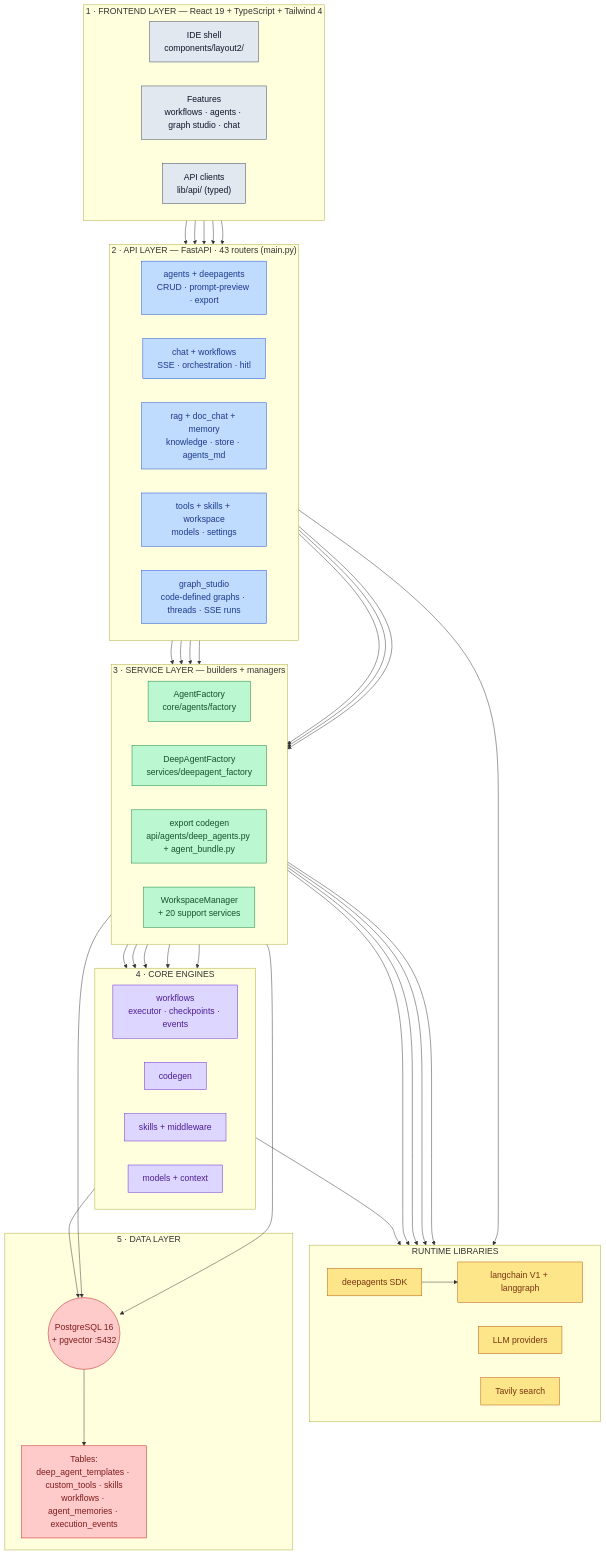
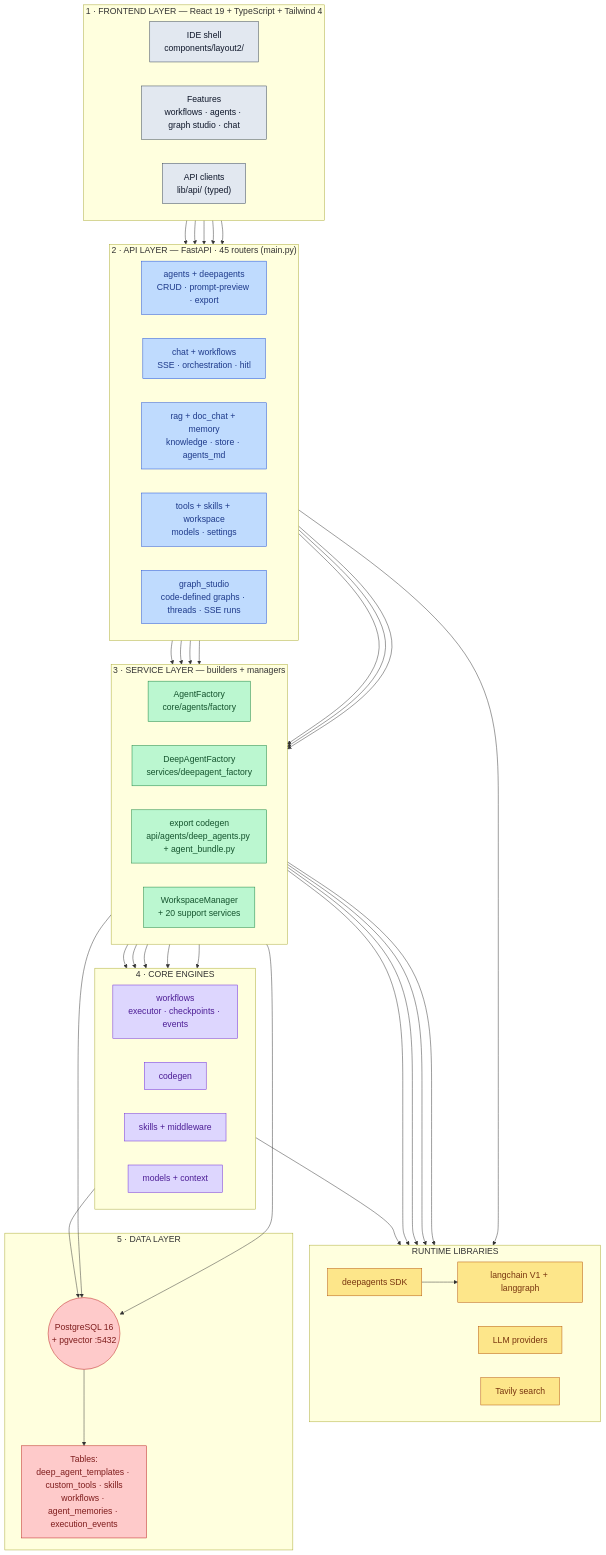
Before and after one commit to sailor723/langconfig: the third of 15 diagrams in docs/system-architecture.md, drawn with Mermaid. The commit also changed other lines of this file and 146 other files, not shown here.

```diff
--- a/docs/system-architecture.md
+++ b/docs/system-architecture.md
@@ -562,7 +566,7 @@
         A3["API clients<br/>lib/api/ (typed)"]
     end
 
-    subgraph API["2 · API LAYER — FastAPI · 43 routers (main.py)"]
+    subgraph API["2 · API LAYER — FastAPI · 45 routers (main.py)"]
         direction LR
         R1["agents + deepagents<br/>CRUD · prompt-preview · export"]
         R2["chat + workflows<br/>SSE · orchestration · hitl"]
```
